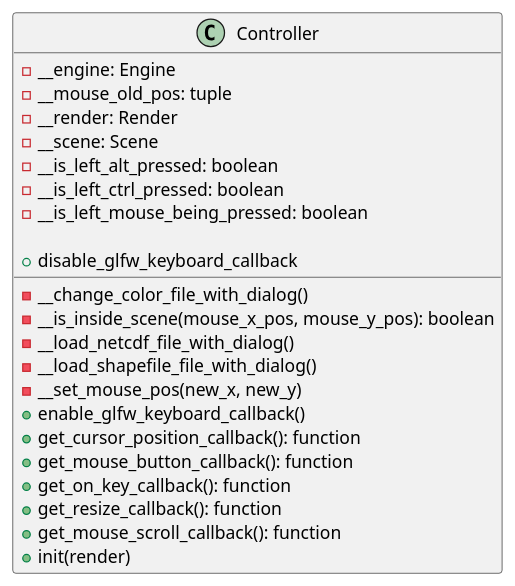
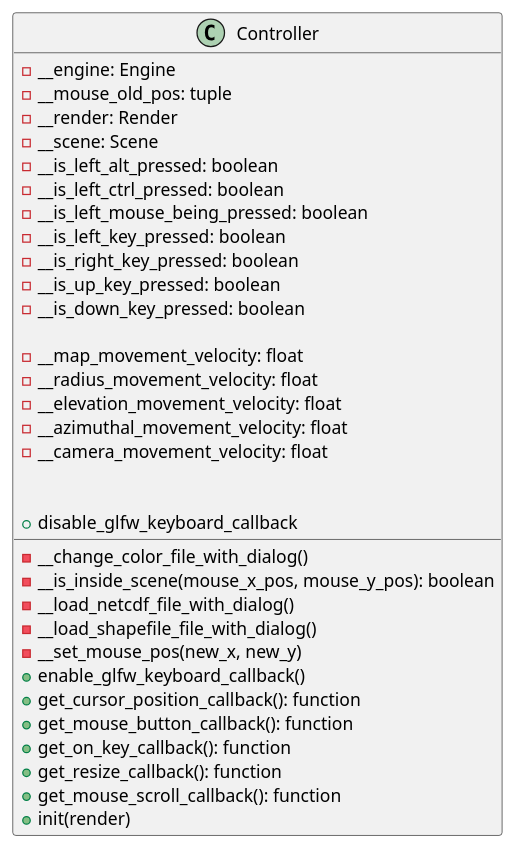
The diagram in docs/classes/Controller.puml (ferpoble2/Relief_Creator), drawn with PlantUML before and after one commit. The commit also changed 5 other files, not shown here.

```diff
--- a/docs/classes/Controller.puml
+++ b/docs/classes/Controller.puml
@@ -1,25 +1,36 @@
 @startuml
 class Controller {
     - __engine: Engine
     - __mouse_old_pos: tuple
     - __render: Render
     - __scene: Scene
     - __is_left_alt_pressed: boolean
     - __is_left_ctrl_pressed: boolean
     - __is_left_mouse_being_pressed: boolean
+    - __is_left_key_pressed: boolean
+    - __is_right_key_pressed: boolean
+    - __is_up_key_pressed: boolean
+    - __is_down_key_pressed: boolean
+
+    - __map_movement_velocity: float
+    - __radius_movement_velocity: float
+    - __elevation_movement_velocity: float
+    - __azimuthal_movement_velocity: float
+    - __camera_movement_velocity: float
+
 
     - __change_color_file_with_dialog()
     - __is_inside_scene(mouse_x_pos, mouse_y_pos): boolean
     - __load_netcdf_file_with_dialog()
     - __load_shapefile_file_with_dialog()
     - __set_mouse_pos(new_x, new_y)
     + enable_glfw_keyboard_callback()
     + disable_glfw_keyboard_callback
     + get_cursor_position_callback(): function
     + get_mouse_button_callback(): function
     + get_on_key_callback(): function
     + get_resize_callback(): function
     + get_mouse_scroll_callback(): function
     + init(render)
 }
 @enduml
```
